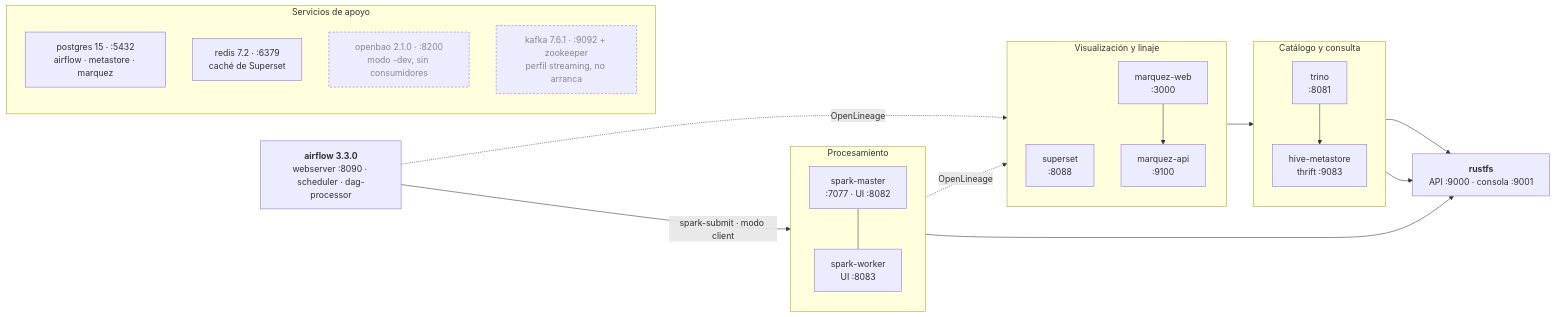
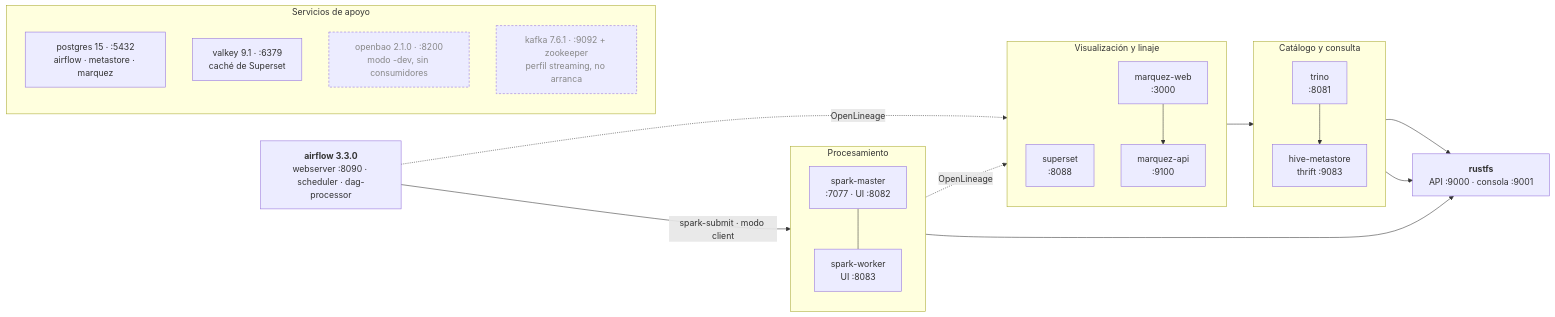
Before and after one commit to vektralforge/vektralforge: the second of 4 diagrams in docs/arquitectura.md, drawn with Mermaid. The commit also changed other lines of this file and 8 other files, not shown here.

````diff
--- a/docs/arquitectura.md
+++ b/docs/arquitectura.md
@@ -246,47 +246,47 @@
 ```mermaid
 flowchart LR
     AFS["<b>airflow 3.3.0</b><br/>webserver :8090 · scheduler · dag-processor"]
 
     subgraph proc["Procesamiento"]
         direction TB
         SPM["spark-master<br/>:7077 · UI :8082"]
         SPW["spark-worker<br/>UI :8083"]
     end
 
     subgraph cons["Catálogo y consulta"]
         direction TB
         TRN["trino<br/>:8081"]
         HMS["hive-metastore<br/>thrift :9083"]
     end
 
     RFS["<b>rustfs</b><br/>API :9000 · consola :9001"]
 
     subgraph vis["Visualización y linaje"]
         direction TB
         SUP["superset<br/>:8088"]
         MQW["marquez-web<br/>:3000"]
         MQA["marquez-api<br/>:9100"]
     end
 
     subgraph apoyo["Servicios de apoyo"]
         direction TB
         PG["postgres 15 · :5432<br/>airflow · metastore · marquez"]
-        RDS["redis 7.2 · :6379<br/>caché de Superset"]
+        RDS["valkey 9.1 · :6379<br/>caché de Superset"]
         OB["openbao 2.1.0 · :8200<br/>modo -dev, sin consumidores"]
         KFK["kafka 7.6.1 · :9092 + zookeeper<br/>perfil streaming, no arranca"]
     end
 
     AFS -->|"spark-submit · modo client"| SPM
     SPM --- SPW
     SPM --> RFS
     HMS --> RFS
     TRN --> HMS
     TRN --> RFS
     SUP --> TRN
     MQW --> MQA
     AFS -.->|OpenLineage| MQA
     SPM -.->|OpenLineage| MQA
 
     classDef inactivo stroke-dasharray:4 3,color:#888
     class OB,KFK inactivo
 ```
````
